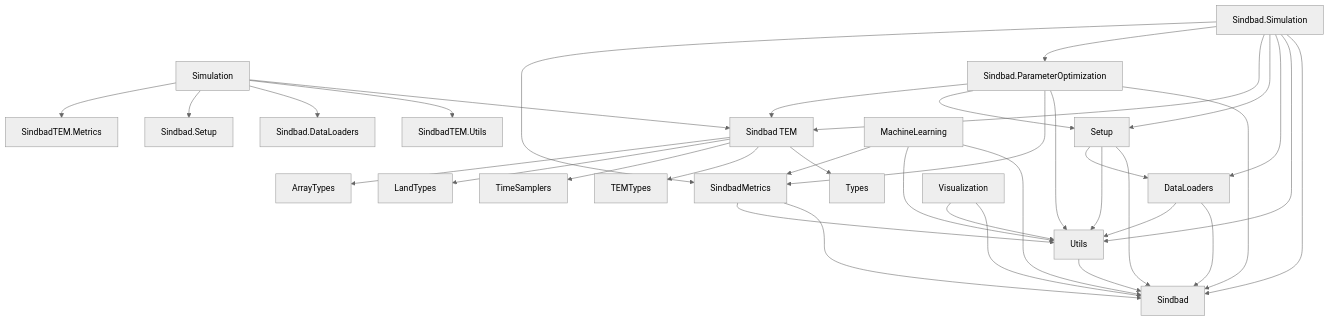
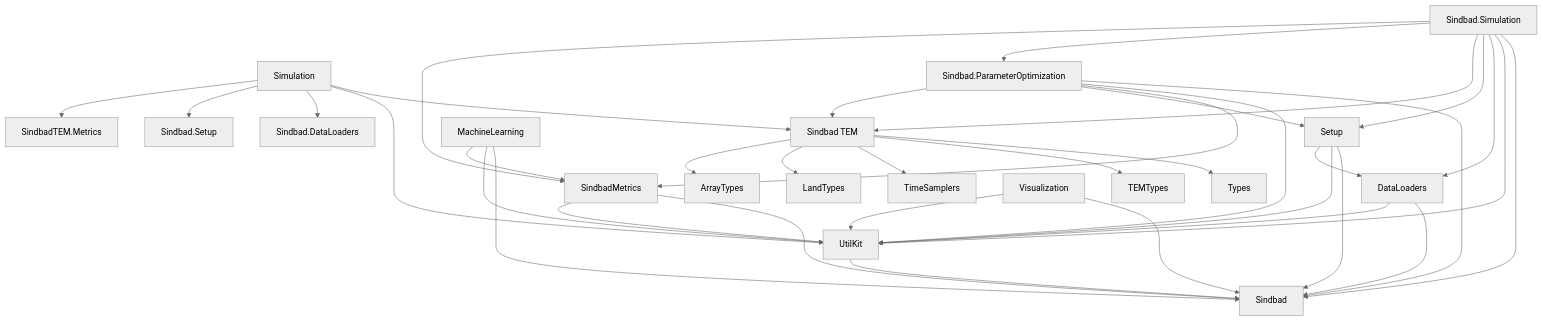
The diagram in docs/src/pages/code/overview.md (LandEcosystems/Sindbad), drawn with Mermaid (neutral theme) before and after one commit. The commit also changed other lines of this file and 18 other files, not shown here.

````diff
--- a/docs/src/pages/code/overview.md
+++ b/docs/src/pages/code/overview.md
@@ -70,50 +70,50 @@
 ```mermaid
 graph TD
     %% Main Sindbad package
     SindbadTEM[Sindbad TEM] --> Types[Types]
     
     %% Core dependencies
     SindbadTEM --> TEMTypes[TEMTypes]
     SindbadTEM --> TimeSamplers[TimeSamplers]
     SindbadTEM --> LandTypes[LandTypes]
     SindbadTEM --> ArrayTypes[ArrayTypes]
     
     %% Lib packages
-    Utils[Utils] --> Sindbad
+    UtilKit[UtilKit] --> Sindbad
     DataLoaders[DataLoaders] --> Sindbad
-    DataLoaders --> Utils
+    DataLoaders --> UtilKit
     
     Setup[Setup] --> Sindbad
-    Setup --> Utils
+    Setup --> UtilKit
     Setup --> DataLoaders
     
     SindbadMetrics[SindbadMetrics] --> Sindbad
-    SindbadMetrics --> Utils
+    SindbadMetrics --> UtilKit
     
     Simulation[Simulation] --> SindbadTEM
-    Simulation --> SindbadTEM.Utils
+    Simulation --> UtilKit
     Simulation --> Sindbad.DataLoaders
     Simulation --> Sindbad.Setup
     Simulation --> SindbadTEM.Metrics
     
     Sindbad.ParameterOptimization[Sindbad.ParameterOptimization] --> Sindbad
-    Sindbad.ParameterOptimization --> Utils
+    Sindbad.ParameterOptimization --> UtilKit
     Sindbad.ParameterOptimization --> SindbadMetrics
     Sindbad.ParameterOptimization --> Setup
     Sindbad.ParameterOptimization --> SindbadTEM
     
     MachineLearning[MachineLearning] --> Sindbad
-    MachineLearning --> Utils
+    MachineLearning --> UtilKit
     MachineLearning --> SindbadMetrics
     
     Visualization[Visualization] --> Sindbad
-    Visualization --> Utils
+    Visualization --> UtilKit
     
     Sindbad.Simulation[Sindbad.Simulation] --> Sindbad
-    Sindbad.Simulation --> Utils
+    Sindbad.Simulation --> UtilKit
     Sindbad.Simulation --> DataLoaders
     Sindbad.Simulation --> Setup
     Sindbad.Simulation --> SindbadTEM
     Sindbad.Simulation --> Sindbad.ParameterOptimization
     Sindbad.Simulation --> SindbadMetrics    
 ```
````
